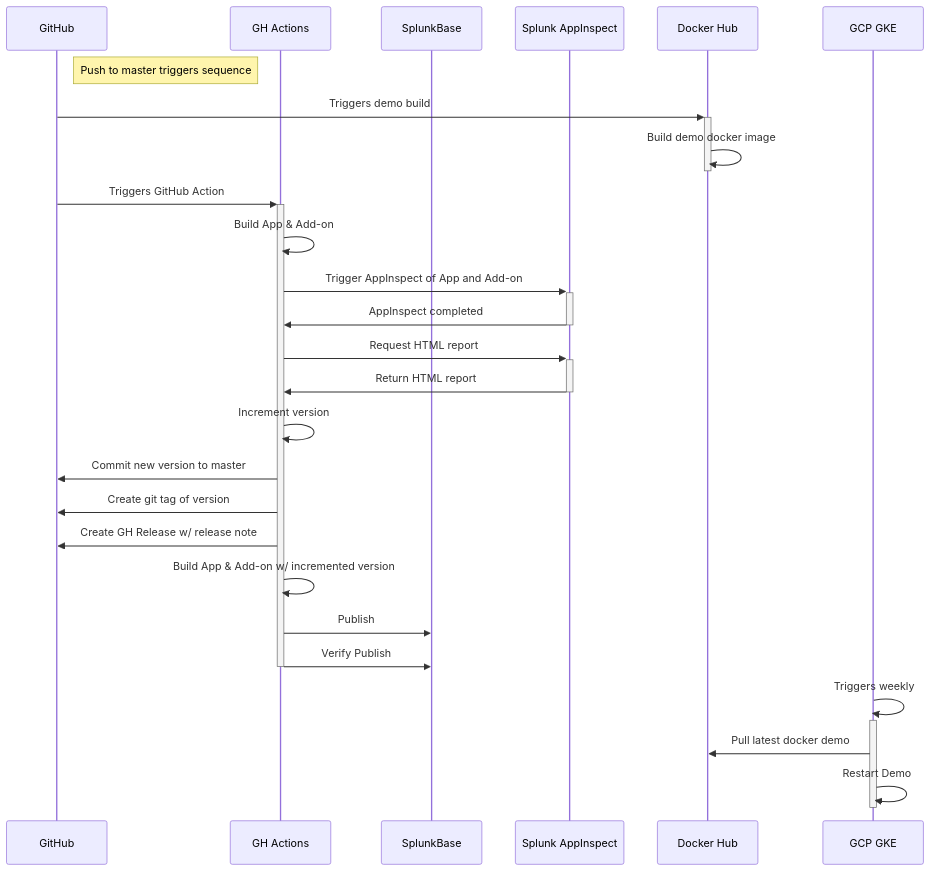
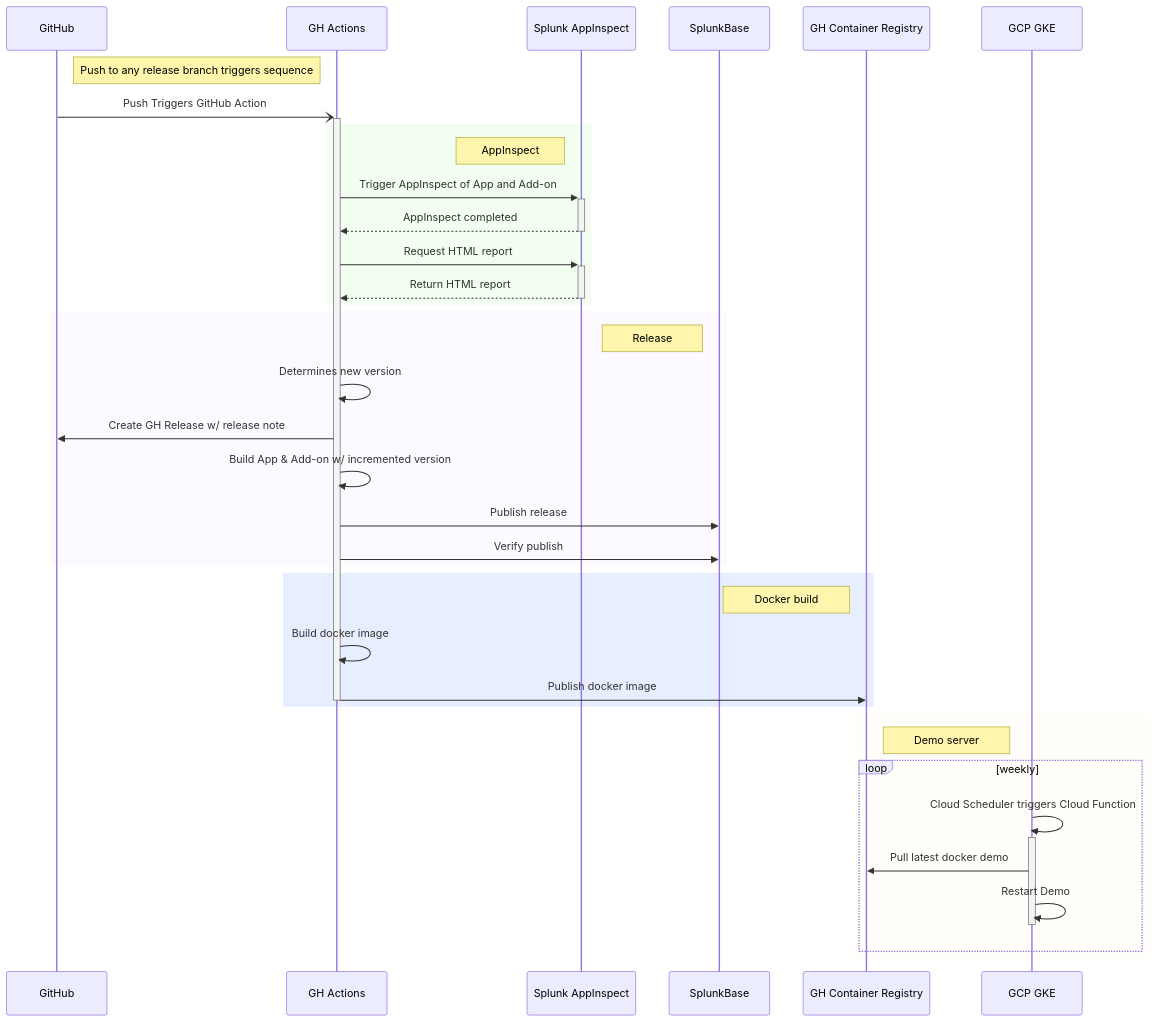
Before and after one commit to PaloAltoNetworks/Splunk-Apps: the diagram in CONTRIBUTING.md, drawn with Mermaid. The commit also changed other lines of this file, not shown here.

Commit message:
docs: Update seq diag in contribution guidelines

````diff
--- a/CONTRIBUTING.md
+++ b/CONTRIBUTING.md
@@ -133,34 +125,51 @@
 ```mermaid
 sequenceDiagram
   %% This is a mermaid file
   %% See https://mermaid-js.github.io
 
   participant G as GitHub
-  note right of G: Push to master triggers sequence
+  note right of G: Push to any release branch triggers sequence
   participant A as GH Actions
+  participant I as Splunk AppInspect
   participant S as SplunkBase
-  participant I as Splunk AppInspect
-  participant D as Docker Hub
+  participant C as GH Container Registry
   participant K as GCP GKE
+  
+  G-)+A: Push Triggers GitHub Action
 
-  G->>+D: Triggers demo build
-  D->>-D: Build demo docker image
+  %% AppInspect
+  rect rgb(191,255,179,.2)
+    note left of I: AppInspect
+    A->>+I: Trigger AppInspect of App and Add-on
+    I-->>-A: AppInspect completed
+    A->>+I: Request HTML report
+    I-->>-A: Return HTML report
+  end
+
+  %% Release
+  rect rgb(242,230,255,.2)
+    note left of S: Release
+    A->>A: Determines new version
+    A->>G: Create GH Release w/ release note
+    A->>A: Build App & Add-on w/ incremented version
+    A->>S: Publish release
+    A->>S: Verify publish
+  end
+
+  %% Docker build
+  rect rgb(128,170,255,.2)
+    note left of C: Docker build
+    A->>A: Build docker image
+    A->>-C: Publish docker image
+  end
   
-  G->>+A: Triggers GitHub Action
-  A->>A: Build App & Add-on
-  A->>+I: Trigger AppInspect of App and Add-on
-  I->>-A: AppInspect completed
-  A->>+I: Request HTML report
-  I->>-A: Return HTML report
-  A->>A: Increment version
-  A->>G: Commit new version to master
-  A->>G: Create git tag of version
-  A->>G: Create GH Release w/ release note
-  A->>A: Build App & Add-on w/ incremented version
-  A->>S: Publish
-  A->>-S: Verify Publish
-  
-	K->>+K: Triggers weekly
-  K->>D: Pull latest docker demo
-  K->>-K: Restart Demo
+  %% Demo server
+  rect rgb(255,247,230,.2)
+    note right of C: Demo server
+    loop weekly
+      K->>+K: Cloud Scheduler triggers Cloud Function
+      K->>C: Pull latest docker demo
+      K->>-K: Restart Demo
+    end
+  end
 ```
````
